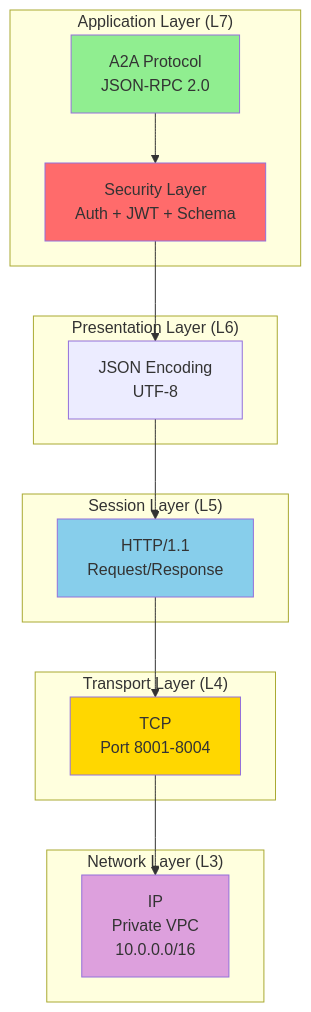
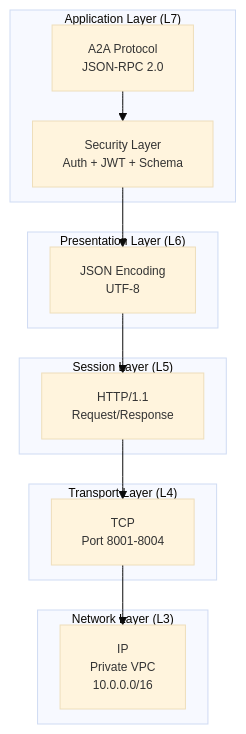
Before and after one commit to jaafar-benabderrazak/ca_a2a: the second of 10 diagrams in CA_A2A_COMPLETE_SECURITY_DOCUMENTATION.md, drawn with Mermaid. The commit also changed other lines of this file, not shown here.

First line of the commit message:
Improve security documentation readability and ops coverage

````diff
--- a/CA_A2A_COMPLETE_SECURITY_DOCUMENTATION.md
+++ b/CA_A2A_COMPLETE_SECURITY_DOCUMENTATION.md
@@ -144,35 +153,32 @@
 ```mermaid
+%%{init: {"theme":"base","themeVariables":{"fontSize":"12px"},"flowchart":{"nodeSpacing":25,"rankSpacing":30}}}%%
 graph TB
     subgraph "Application Layer (L7)"
         A2A[A2A Protocol<br/>JSON-RPC 2.0]
         Security[Security Layer<br/>Auth + JWT + Schema]
     end
     
     subgraph "Presentation Layer (L6)"
         JSON[JSON Encoding<br/>UTF-8]
     end
     
     subgraph "Session Layer (L5)"
         HTTP[HTTP/1.1<br/>Request/Response]
     end
     
     subgraph "Transport Layer (L4)"
         TCP[TCP<br/>Port 8001-8004]
     end
     
     subgraph "Network Layer (L3)"
         IP[IP<br/>Private VPC<br/>10.0.0.0/16]
     end
     
     A2A --> Security
     Security --> JSON
     JSON --> HTTP
     HTTP --> TCP
     TCP --> IP
     
-    style A2A fill:#90EE90
-    style Security fill:#FF6B6B
-    style HTTP fill:#87CEEB
-    style TCP fill:#FFD700
-    style IP fill:#DDA0DD
+    %% Styling intentionally removed for readability (no color blocks).
 ```
````
